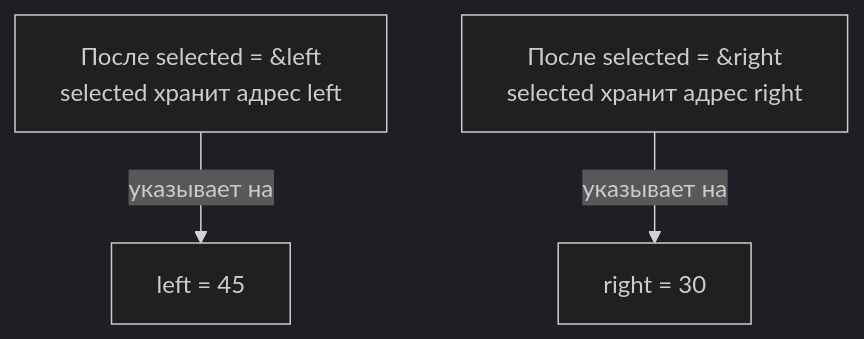
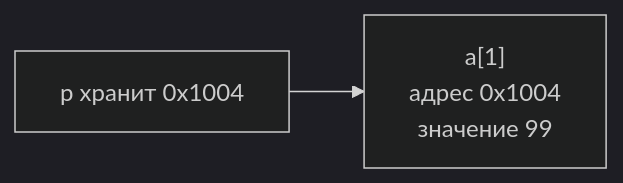
One commit to yaroslav-yarik/cpm-robotics-programming changed the second of 3 diagrams in notes/cpp-algorithms/cpp/variables-and-memory.md. Above: the diagram before and after it, drawn with Mermaid (dark theme). The commit also changed other lines of this file and 1 other file, not shown here.

````diff
--- a/notes/cpp-algorithms/cpp/variables-and-memory.md
+++ b/notes/cpp-algorithms/cpp/variables-and-memory.md
@@ -66,5 +67,4 @@
 ```mermaid
-flowchart TB
-    A["После selected = &amp;left<br/>selected хранит адрес left"] -->|указывает на| B["left = 45"]
-    C["После selected = &amp;right<br/>selected хранит адрес right"] -->|указывает на| D["right = 30"]
+flowchart LR
+    P["p хранит 0x1004"] --> B["a[1]<br/>адрес 0x1004<br/>значение 99"]
 ```
````
